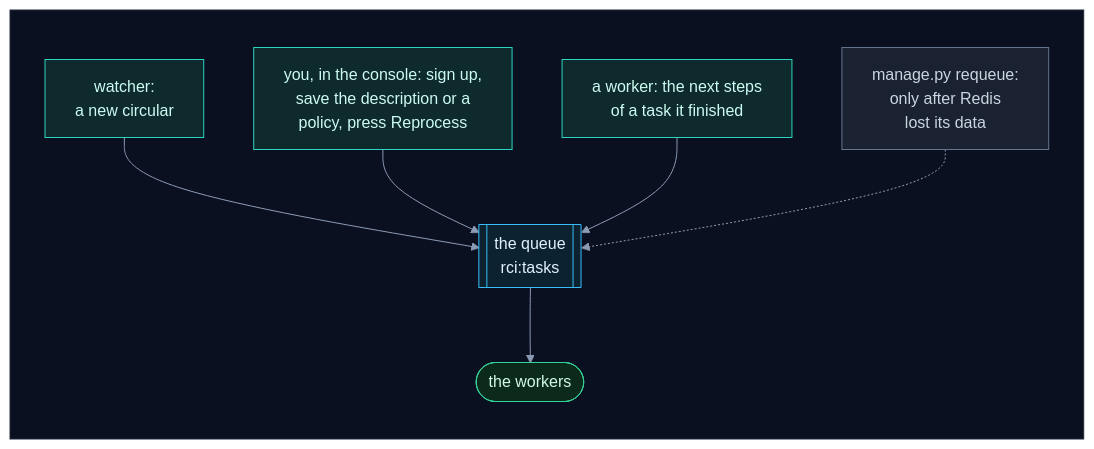
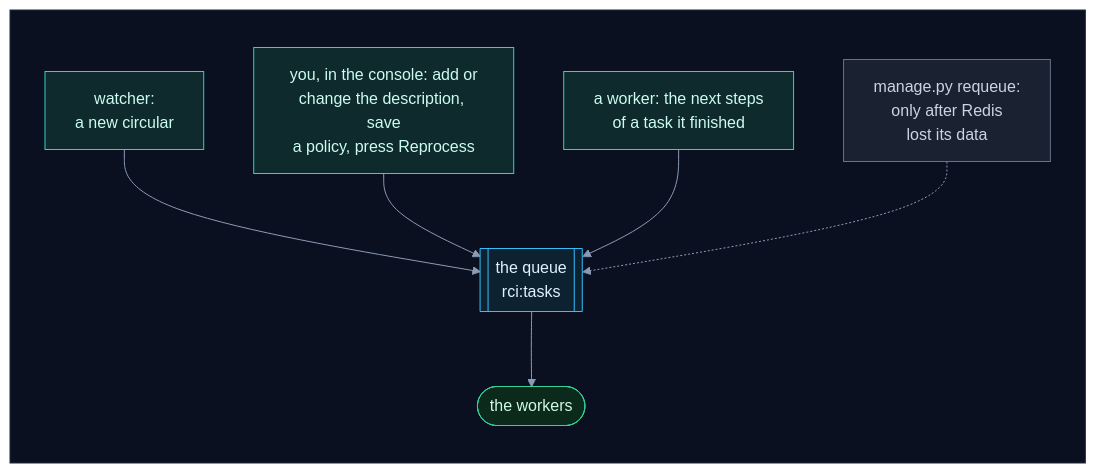
Diagram 37 of 56 in how_it_works.md (selvakumarperumal/Regulatory_Circular_Impact_Agent), drawn with Mermaid before and after one commit. The commit also changed other lines of this file and 4 other files, not shown here.

First line of the commit message:
Document that only a description or policy change queues work

````diff
--- a/how_it_works.md
+++ b/how_it_works.md
@@ -1849,27 +1858,27 @@
 ```mermaid
 %%{init: {"theme": "base", "flowchart": {"diagramPadding": 0}, "themeVariables": {"darkMode": true, "primaryColor": "#16213a", "primaryTextColor": "#e6edf7", "primaryBorderColor": "#475a7a", "lineColor": "#8b9bb4", "secondaryColor": "#1b2436", "tertiaryColor": "#101a2e", "edgeLabelBackground": "#0f172a", "textColor": "#e2e8f0", "clusterBkg": "#0f1728", "clusterBorder": "#2b3a55", "titleColor": "#c4b5fd", "nodeTextColor": "#e6edf7"}}}%%
 flowchart TD
     subgraph canvas[" "]
         direction TB
         w["watcher:<br/>a new circular"] --> q[["the queue<br/>rci:tasks"]]
-        a["you, in the console: sign up,<br/>save the description or a<br/>policy, press Reprocess"] --> q
+        a["you, in the console: add or<br/>change the description, save<br/>a policy, press Reprocess"] --> q
         k["a worker: the next steps<br/>of a task it finished"] --> q
         m["manage.py requeue:<br/>only after Redis<br/>lost its data"] -.-> q
         q --> x(["the workers"])
     end
     classDef svc fill:#0e2a2c,stroke:#2dd4bf,color:#ccfbf1
     classDef data fill:#1c1a47,stroke:#818cf8,color:#e0e7ff
     classDef ext fill:#2a1640,stroke:#c084fc,color:#f3e8ff
     classDef gpu fill:#2d1b0c,stroke:#fb923c,color:#ffedd5
     classDef ask fill:#2a2410,stroke:#fbbf24,color:#fef3c7
     classDef ok fill:#0b2a1c,stroke:#34d399,color:#d1fae5
     classDef bad fill:#2e0f17,stroke:#fb7185,color:#ffe4e6
     classDef start fill:#1c2a0e,stroke:#a7ef6f,color:#ecfccb
     classDef muted fill:#1a2130,stroke:#64748b,color:#cbd5e1
     classDef queue fill:#0c2231,stroke:#38bdf8,color:#e0f2fe
     class w,a,k svc
     class m muted
     class q queue
     class x ok
     style canvas fill:#0b1020,stroke:#1e293b,color:#0b1020
 ```
````
